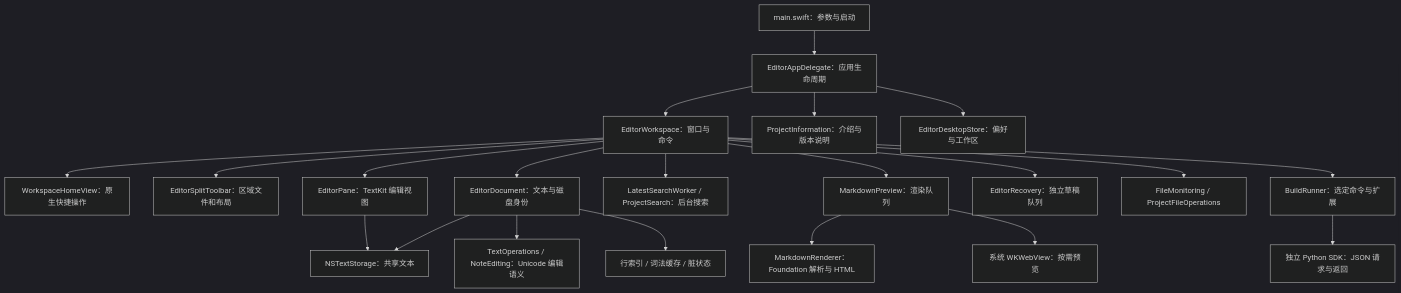
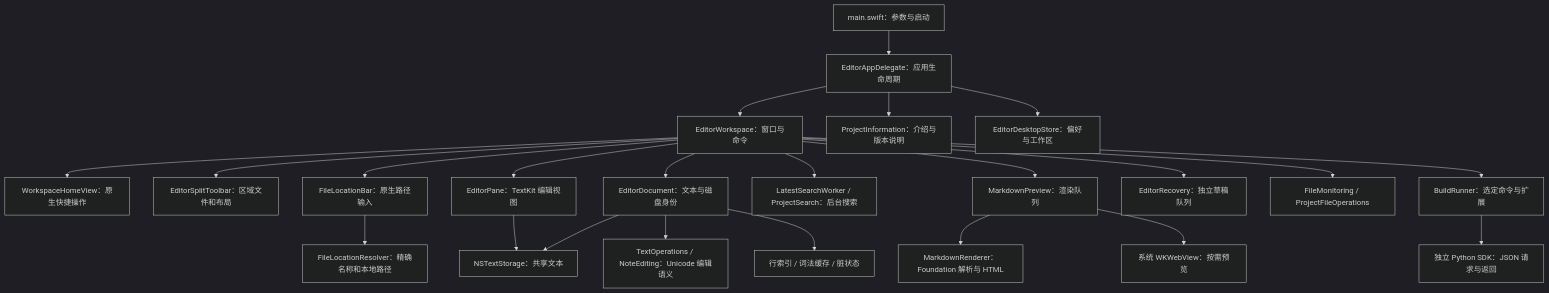
One commit to ziqi-wlb/OpenSourceEditor changed the diagram in docs/architecture.zh-CN.md. Above: the diagram before and after it, drawn with Mermaid (dark theme). The commit also changed other lines of this file and 21 other files, not shown here.

Commit message:
feat(editor): open files from an editable location bar

````diff
--- a/docs/architecture.zh-CN.md
+++ b/docs/architecture.zh-CN.md
@@ -9,23 +11,25 @@
 ```mermaid
 flowchart TB
     entry[main.swift：参数与启动] --> app[EditorAppDelegate：应用生命周期]
     app --> workspace[EditorWorkspace：窗口与命令]
     app --> information[ProjectInformation：介绍与版本说明]
     workspace --> home[WorkspaceHomeView：原生快捷操作]
     workspace --> splits[EditorSplitToolbar：区域文件和布局]
+    workspace --> location[FileLocationBar：原生路径输入]
+    location --> resolver[FileLocationResolver：精确名称和本地路径]
     workspace --> doc[EditorDocument：文本与磁盘身份]
     workspace --> panes[EditorPane：TextKit 编辑视图]
     panes --> storage[NSTextStorage：共享文本]
     doc --> storage
     doc --> operations[TextOperations / NoteEditing：Unicode 编辑语义]
     doc --> indexes[行索引 / 词法缓存 / 脏状态]
     workspace --> search[LatestSearchWorker / ProjectSearch：后台搜索]
     workspace --> preview[MarkdownPreview：渲染队列]
     preview --> renderer[MarkdownRenderer：Foundation 解析与 HTML]
     preview --> web[系统 WKWebView：按需预览]
     workspace --> recovery[EditorRecovery：独立草稿队列]
     app --> desktop[EditorDesktopStore：偏好与工作区]
     workspace --> files[FileMonitoring / ProjectFileOperations]
     workspace --> services[BuildRunner：选定命令与扩展]
     services --> python[独立 Python SDK：JSON 请求与返回]
 ```
````
